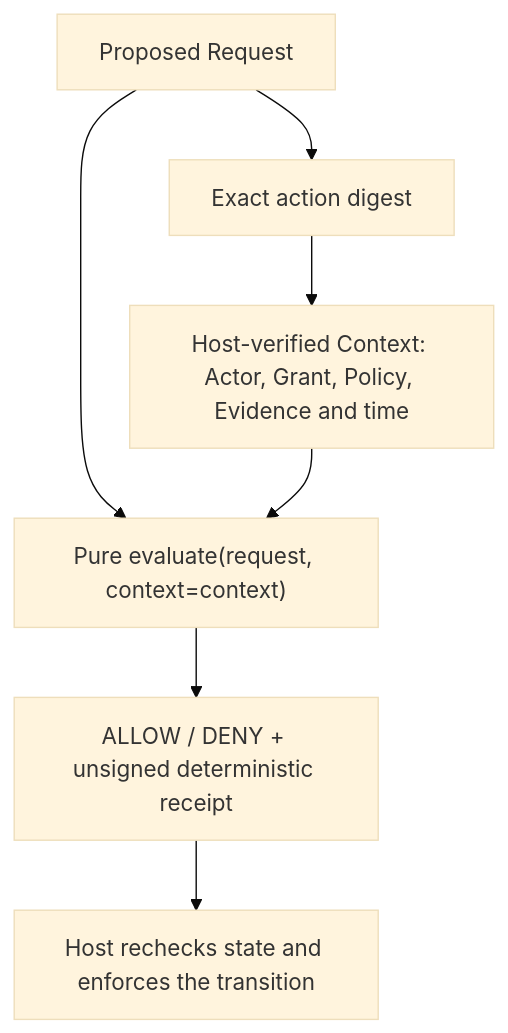
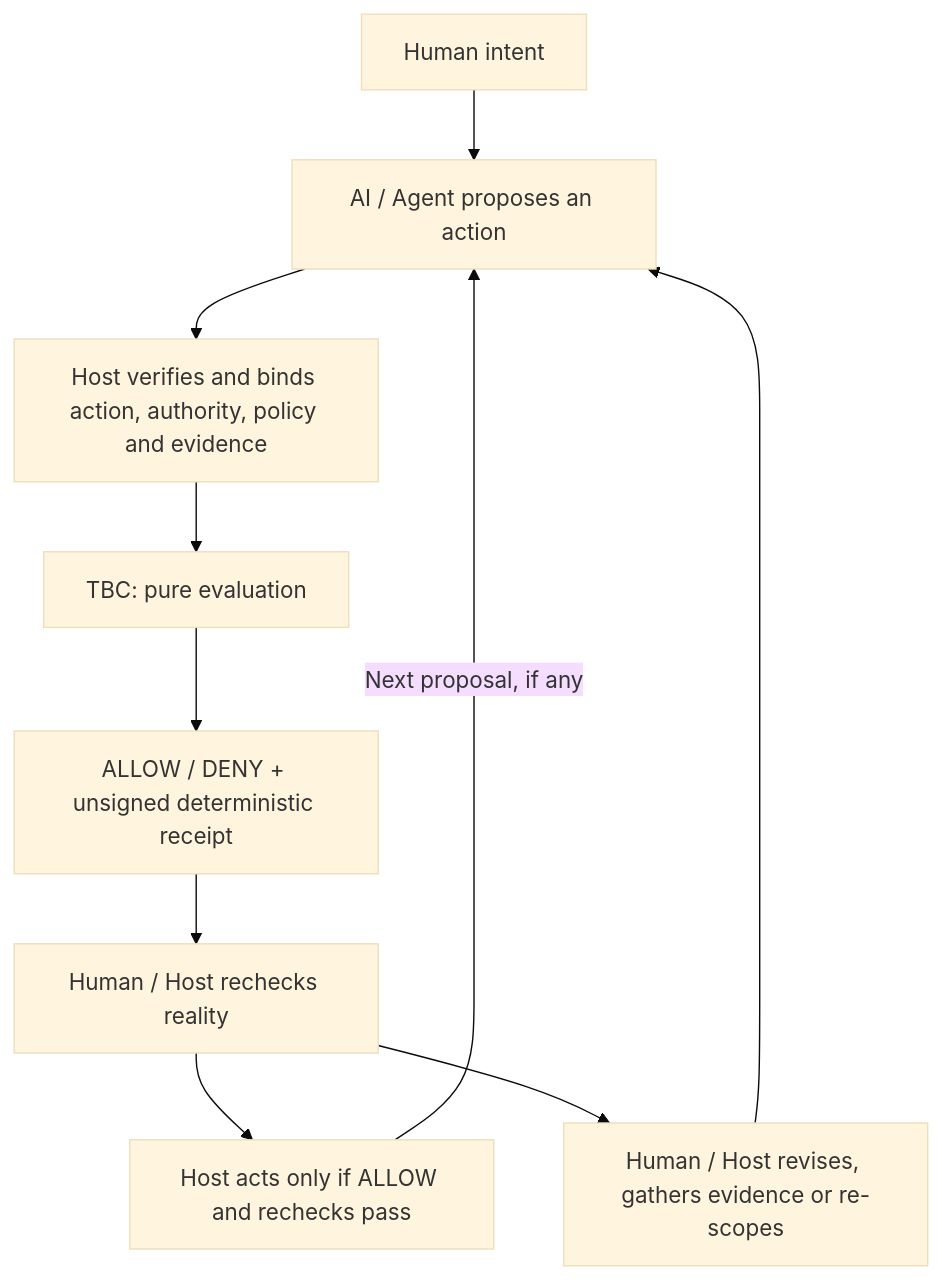
Before and after one commit to andrew199799/trust-bounded-collaboration: the diagram in README.md, drawn with Mermaid (base theme). The commit also changed other lines of this file and 1 other file, not shown here.

Commit message:
docs: lead with bounded collaboration and host-owned correction

````diff
--- a/README.md
+++ b/README.md
@@ -29,9 +39,12 @@
 ```mermaid
 flowchart TD
-    R["Proposed Request"] --> D["Exact action digest"]
-    D --> C["Host-verified Context: Actor, Grant, Policy, Evidence and time"]
-    R --> E["Pure evaluate(request, context=context)"]
-    C --> E
-    E --> O["ALLOW / DENY + unsigned deterministic receipt"]
-    O --> H["Host rechecks state and enforces the transition"]
+    H["Human intent"] --> P["AI / Agent proposes an action"]
+    P --> B["Host verifies and binds action, authority, policy and evidence"]
+    B --> E["TBC: pure evaluation"]
+    E --> R["ALLOW / DENY + unsigned deterministic receipt"]
+    R --> C["Human / Host rechecks reality"]
+    C --> A["Host acts only if ALLOW and rechecks pass"]
+    C --> V["Human / Host revises, gathers evidence or re-scopes"]
+    V --> P
+    A -->|Next proposal, if any| P
 ```
````
